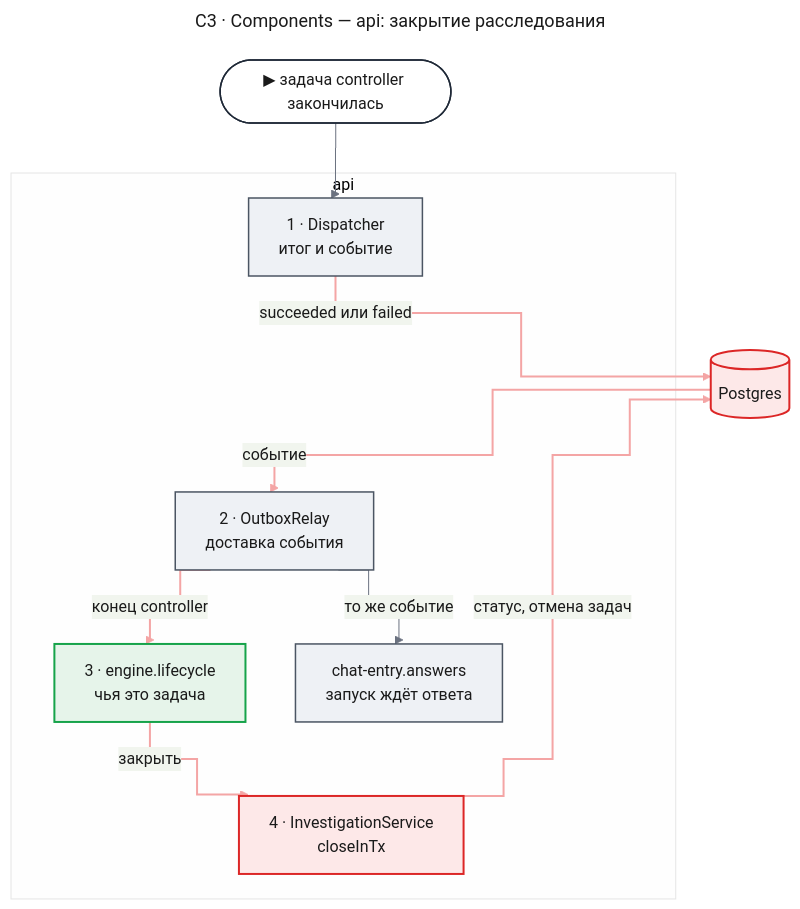
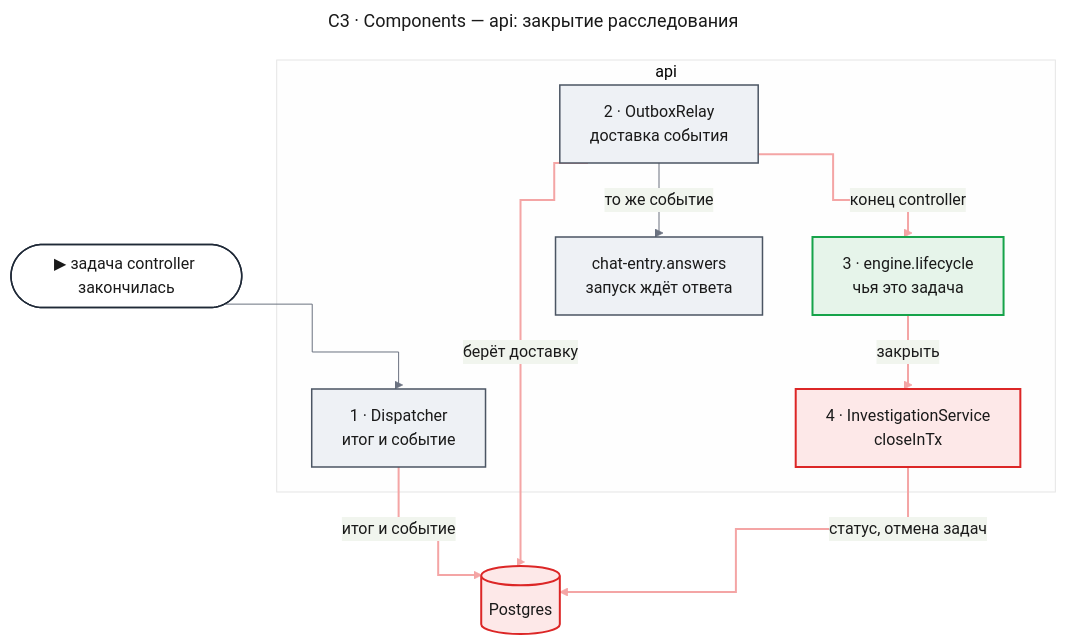
One commit to tundraray/agent-os changed the third of 16 diagrams in docs/features/agent-quality/design-lifecycle.md. Above: the diagram before and after it, drawn with Mermaid. The commit also changed other lines of this file, not shown here.

````diff
--- a/docs/features/agent-quality/design-lifecycle.md
+++ b/docs/features/agent-quality/design-lifecycle.md
@@ -270,52 +284,52 @@
 ```mermaid
 ---
 title: "C3 · Components — api: закрытие расследования"
 config:
   theme: base
   look: classic
   themeVariables:
     primaryColor: "#eef1f5"
     primaryBorderColor: "#4b5563"
     primaryTextColor: "#1a1a1a"
     lineColor: "#6b7280"
   flowchart:
     curve: step
   themeCSS: |
     @keyframes lit_lcc3c{0%,18%{stroke:#991b1b;stroke-width:6px}20%,100%{stroke:#f4a5a5;stroke-width:2px}}
 ---
 flowchart TB
     entry(["▶ задача controller закончилась"])
     subgraph api["api"]
         disp["1 · Dispatcher<br/>итог и событие"]
         relay["2 · OutboxRelay<br/>доставка события"]
         cons["3 · engine.lifecycle<br/>чья это задача"]
         inv["4 · InvestigationService<br/>closeInTx"]
         ans["chat-entry.answers<br/>запуск ждёт ответа"]
     end
     pg[("Postgres")]
     entry --> disp
-    disp e1@-->|"succeeded или failed"| pg
-    pg e2@-->|"событие"| relay
+    disp e1@-->|"итог и событие"| pg
+    relay e2@-->|"берёт доставку"| pg
     relay e3@-->|"конец controller"| cons
     cons e4@-->|"закрыть"| inv
     inv e5@-->|"статус, отмена задач"| pg
     relay -->|"то же событие"| ans
     classDef entry fill:#ffffff,stroke:#1f2937,stroke-width:1.5px,color:#1a1a1a
     classDef changed fill:#fde8e8,stroke:#dc2626,stroke-width:2px,color:#1a1a1a
     classDef new fill:#e6f4ea,stroke:#16a34a,stroke-width:2px,color:#1a1a1a
     classDef unchanged fill:#eef1f5,stroke:#4b5563,stroke-width:1.5px,color:#1a1a1a
     classDef w1 stroke:#f4a5a5,stroke-width:2px,animation:lit_lcc3c 6s linear 0s infinite
     classDef w2 stroke:#f4a5a5,stroke-width:2px,animation:lit_lcc3c 6s linear 1.2s infinite
     classDef w3 stroke:#f4a5a5,stroke-width:2px,animation:lit_lcc3c 6s linear 2.4s infinite
     classDef w4 stroke:#f4a5a5,stroke-width:2px,animation:lit_lcc3c 6s linear 3.6s infinite
     classDef w5 stroke:#f4a5a5,stroke-width:2px,animation:lit_lcc3c 6s linear 4.8s infinite
     class entry entry
     class cons new
     class inv,pg changed
     class disp,relay,ans unchanged
     class e1 w1
     class e2 w2
     class e3 w3
     class e4 w4
     class e5 w5
 ```
````
